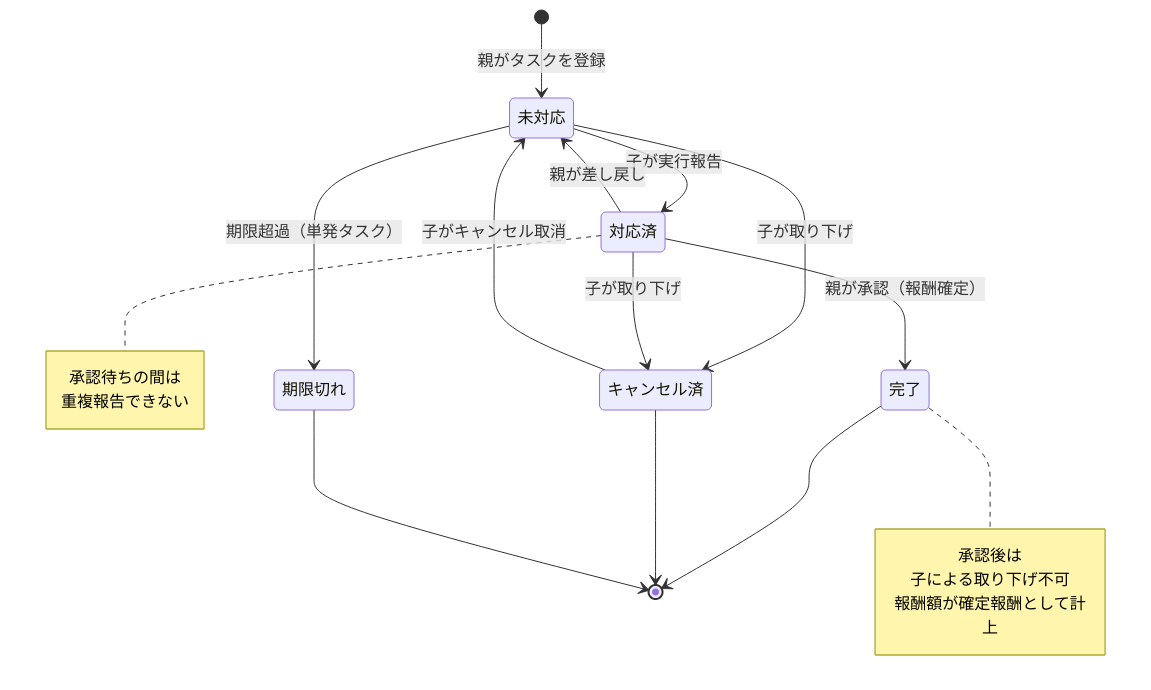
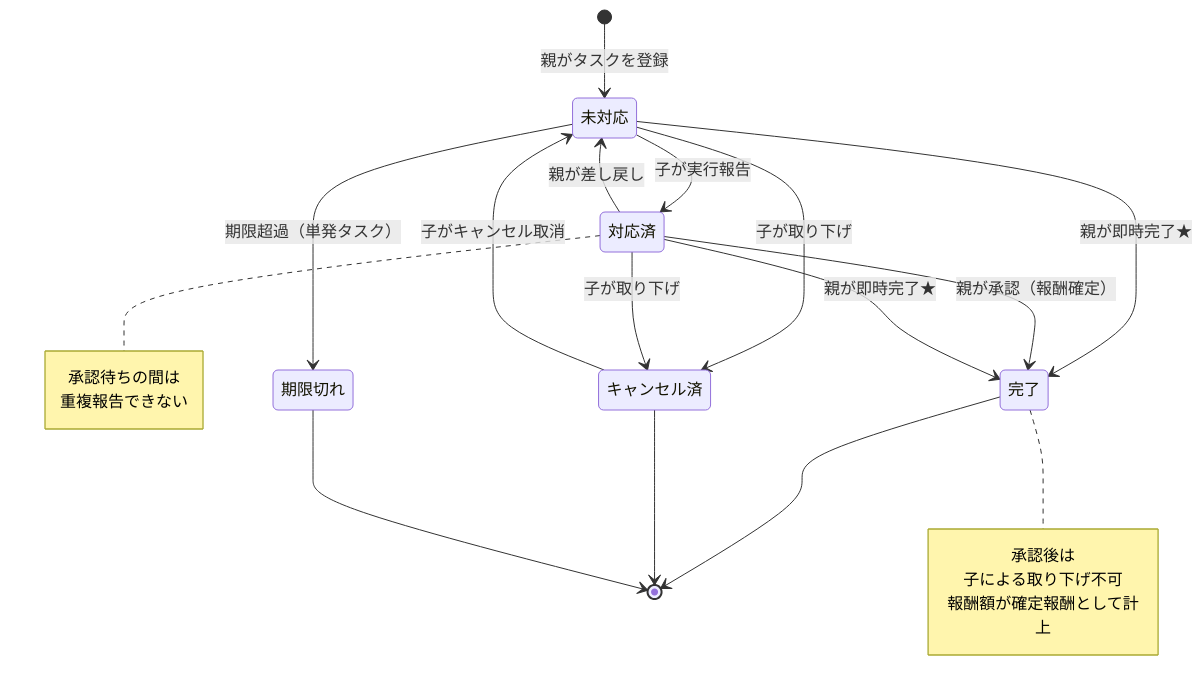
The diagram in docs/design/diagrams/task-status.md (Masahiro335/fambiz-prototype), drawn with Mermaid before and after one commit. The commit also changed other lines of this file and 7 other files, not shown here.

````diff
--- a/docs/design/diagrams/task-status.md
+++ b/docs/design/diagrams/task-status.md
@@ -9,29 +9,31 @@
 ```mermaid
 stateDiagram-v2
     [*] --> 未対応 : 親がタスクを登録
 
     未対応 --> 対応済 : 子が実行報告
     未対応 --> キャンセル済 : 子が取り下げ
     未対応 --> 期限切れ : 期限超過（単発タスク）
+    未対応 --> 完了 : 親が即時完了★
 
     対応済 --> 完了 : 親が承認（報酬確定）
     対応済 --> 未対応 : 親が差し戻し
     対応済 --> キャンセル済 : 子が取り下げ
+    対応済 --> 完了 : 親が即時完了★
 
     キャンセル済 --> 未対応 : 子がキャンセル取消
 
     完了 --> [*]
     キャンセル済 --> [*]
     期限切れ --> [*]
 
     note right of 対応済
         承認待ちの間は
         重複報告できない
     end note
 
     note right of 完了
         承認後は
         子による取り下げ不可
         報酬額が確定報酬として計上
     end note
 ```
````
